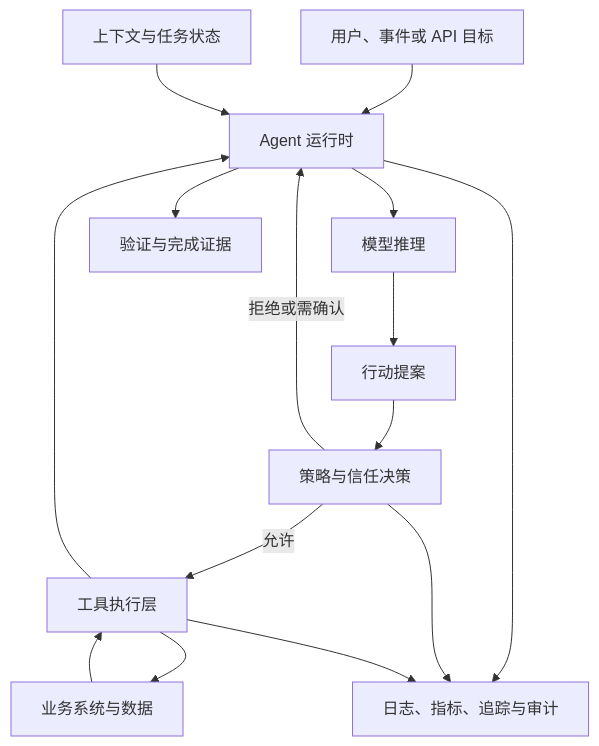
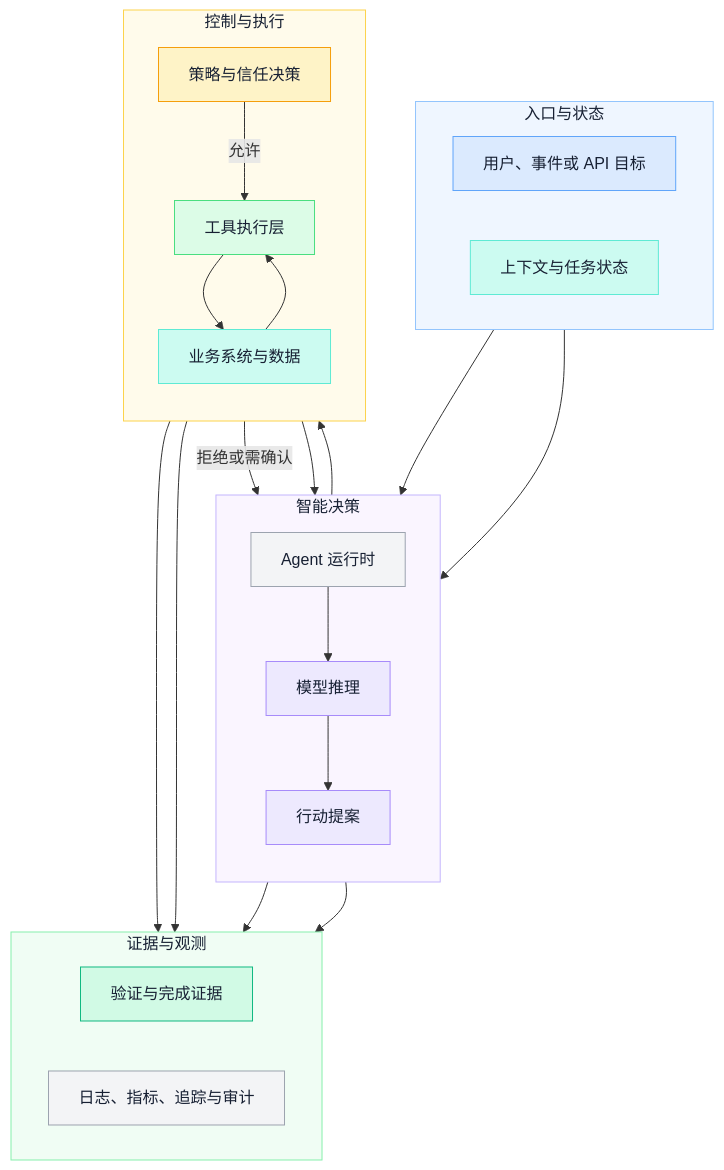
Before and after one commit to ink-hz/AI-Agent-Platform: the first of 5 diagrams in backend/app/ai_notes/content/02-agent-architecture/01-enterprise-agent-system-architecture.md, drawn with Mermaid. The commit also changed other lines of this file and 2 other files, not shown here.

Commit message:
docs: enrich enterprise Agent architecture diagrams

````diff
--- a/backend/app/ai_notes/content/02-agent-architecture/01-enterprise-agent-system-architecture.md
+++ b/backend/app/ai_notes/content/02-agent-architecture/01-enterprise-agent-system-architecture.md
@@ -34,17 +34,54 @@
 ```mermaid
 flowchart TB
-    U[用户、事件或 API 目标] --> R[Agent 运行时]
-    C[上下文与任务状态] --> R
-    R --> M[模型推理]
-    M --> P[行动提案]
-    P --> G[策略与信任决策]
+    subgraph ENTRY["入口与状态"]
+        direction LR
+        U[用户、事件或 API 目标]
+        C[上下文与任务状态]
+    end
+    subgraph INTELLIGENCE["智能决策"]
+        direction TB
+        R[Agent 运行时] --> M[模型推理]
+        M --> P[行动提案]
+    end
+    subgraph CONTROL["控制与执行"]
+        direction TB
+        G[策略与信任决策] -->|允许| T[工具执行层]
+        T --> S[业务系统与数据]
+        S --> T
+    end
+    subgraph EVIDENCE["证据与观测"]
+        direction LR
+        V[验证与完成证据]
+        O[日志、指标、追踪与审计]
+    end
+
+    U --> R
+    C --> R
+    P --> G
     G -->|拒绝或需确认| R
-    G -->|允许| T[工具执行层]
-    T --> S[业务系统与数据]
-    S --> T
     T --> R
-    R --> V[验证与完成证据]
-    R --> O[日志、指标、追踪与审计]
+    R --> V
+    R --> O
     G --> O
     T --> O
+
+    classDef input fill:#DBEAFE,stroke:#60A5FA,color:#172033;
+    classDef model fill:#EDE9FE,stroke:#A78BFA,color:#172033;
+    classDef data fill:#CCFBF1,stroke:#5EEAD4,color:#172033;
+    classDef policy fill:#FEF3C7,stroke:#F59E0B,color:#172033;
+    classDef tool fill:#DCFCE7,stroke:#4ADE80,color:#172033;
+    classDef success fill:#D1FAE5,stroke:#10B981,color:#172033;
+    classDef infra fill:#F3F4F6,stroke:#9CA3AF,color:#172033;
+    class U input;
+    class C,S data;
+    class R infra;
+    class M,P model;
+    class G policy;
+    class T tool;
+    class V success;
+    class O infra;
+    style ENTRY fill:#EFF6FF,stroke:#93C5FD,color:#172033;
+    style INTELLIGENCE fill:#FAF5FF,stroke:#C4B5FD,color:#172033;
+    style CONTROL fill:#FFFBEB,stroke:#FCD34D,color:#172033;
+    style EVIDENCE fill:#F0FDF4,stroke:#86EFAC,color:#172033;
 ```
````
